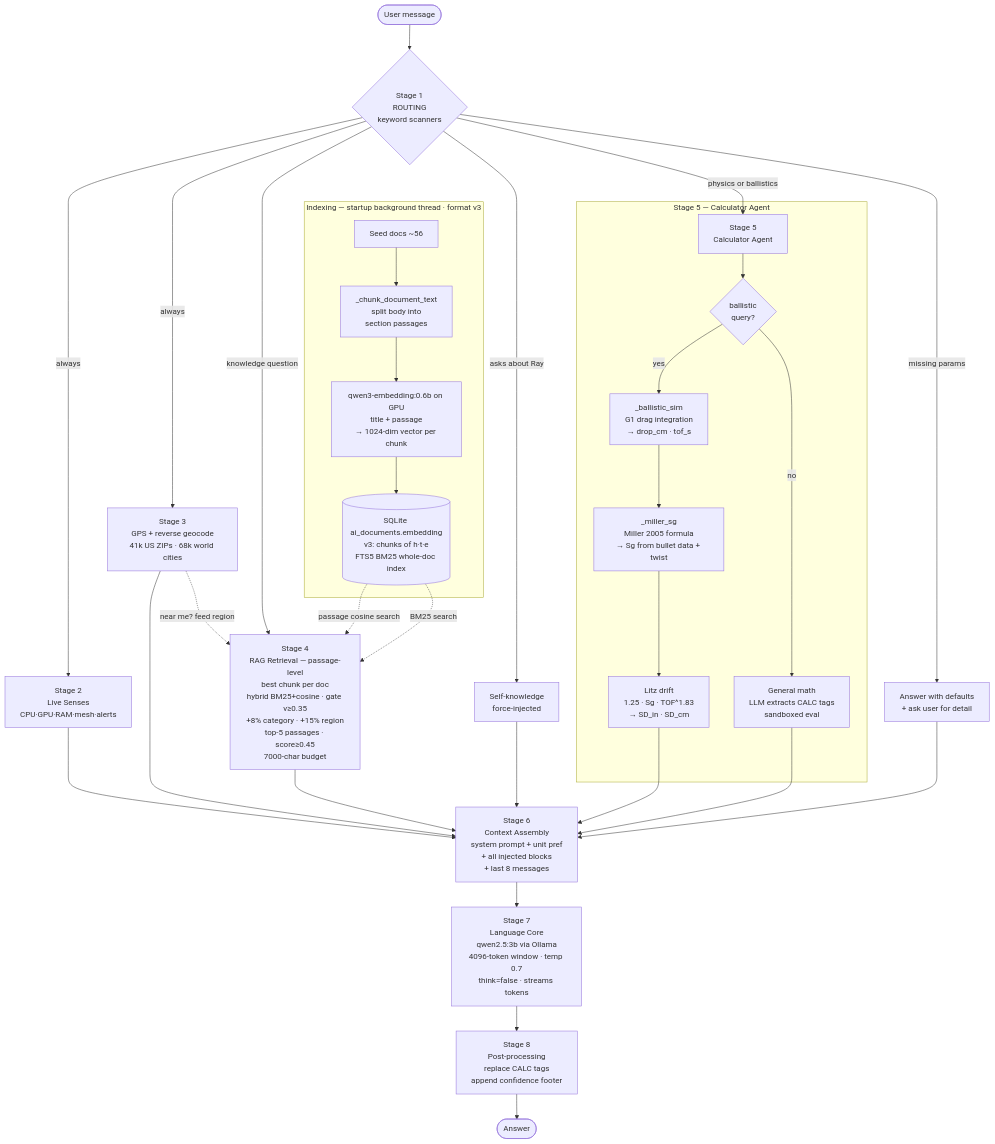
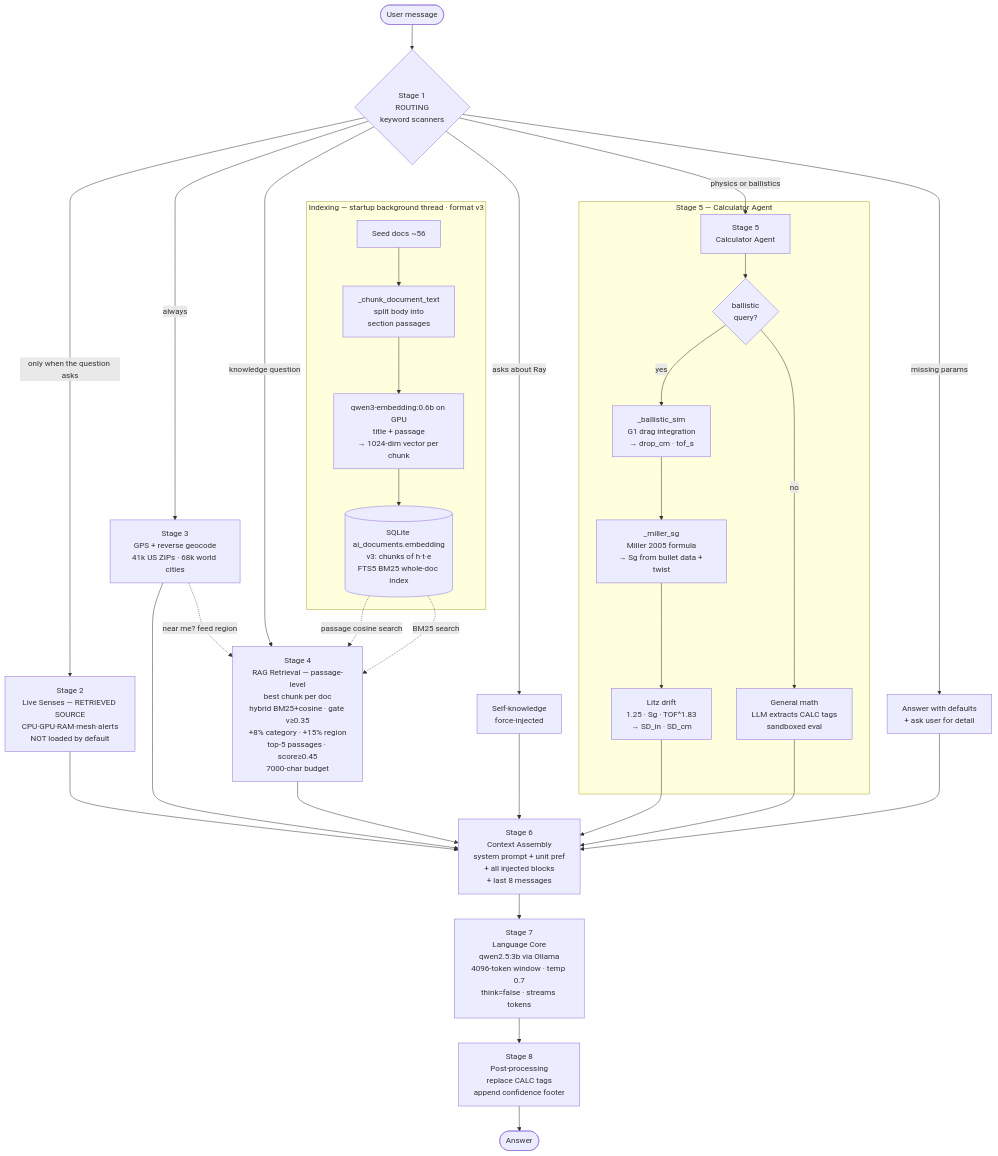
One commit to atlas-navigate/atlas-control changed the diagram in RAY_BRAIN.md. Above: the diagram before and after it, drawn with Mermaid. The commit also changed other lines of this file and 5 other files, not shown here.

````diff
--- a/RAY_BRAIN.md
+++ b/RAY_BRAIN.md
@@ -317,40 +317,40 @@
 ```mermaid
 flowchart TD
     U([User message]) --> R{Stage 1\nROUTING\nkeyword scanners}
 
-    R -->|always| S[Stage 2\nLive Senses\nCPU·GPU·RAM·mesh·alerts]
+    R -->|only when the question asks| S[Stage 2\nLive Senses — RETRIEVED SOURCE\nCPU·GPU·RAM·mesh·alerts\nNOT loaded by default]
     R -->|always| G[Stage 3\nGPS + reverse geocode\n41k US ZIPs · 68k world cities]
     G -.->|near me? feed region| RAG
     R -->|knowledge question| RAG[Stage 4\nRAG Retrieval — passage-level\nbest chunk per doc\nhybrid BM25+cosine · gate v≥0.35\n+8% category · +15% region\ntop-5 passages · score≥0.45\n7000-char budget]
     R -->|physics or ballistics| C[Stage 5\nCalculator Agent]
     R -->|asks about Ray| SK[Self-knowledge\nforce-injected]
     R -->|missing params| ASK[Answer with defaults\n+ ask user for detail]
 
     subgraph CALC [Stage 5 — Calculator Agent]
         C --> CB{ballistic\nquery?}
         CB -->|yes| BS[_ballistic_sim\nG1 drag integration\n→ drop_cm · tof_s]
         BS --> MS[_miller_sg\nMiller 2005 formula\n→ Sg from bullet data + twist]
         MS --> LD[Litz drift\n1.25 · Sg · TOF^1.83\n→ SD_in · SD_cm]
         CB -->|no| GM[General math\nLLM extracts CALC tags\nsandboxed eval]
     end
 
     S --> CTX[Stage 6\nContext Assembly\nsystem prompt + unit pref\n+ all injected blocks\n+ last 8 messages]
     G --> CTX
     RAG --> CTX
     SK --> CTX
     LD --> CTX
     GM --> CTX
     ASK --> CTX
 
     CTX --> LLM[Stage 7\nLanguage Core\nqwen2.5:3b via Ollama\n4096-token window · temp 0.7\nthink=false · streams tokens]
     LLM --> PP[Stage 8\nPost-processing\nreplace CALC tags\nappend confidence footer]
     PP --> ANS([Answer])
 
     subgraph IDX [Indexing — startup background thread · format v3]
         D[Seed docs ~56] --> CH[_chunk_document_text\nsplit body into\nsection passages]
         CH --> E[qwen3-embedding:0.6b on GPU\ntitle + passage\n→ 1024-dim vector per chunk]
         E --> DB[(SQLite ai_documents.embedding\nv3: chunks of h·t·e\nFTS5 BM25 whole-doc index)]
     end
     DB -.->|passage cosine search| RAG
     DB -.->|BM25 search| RAG
 ```
````
